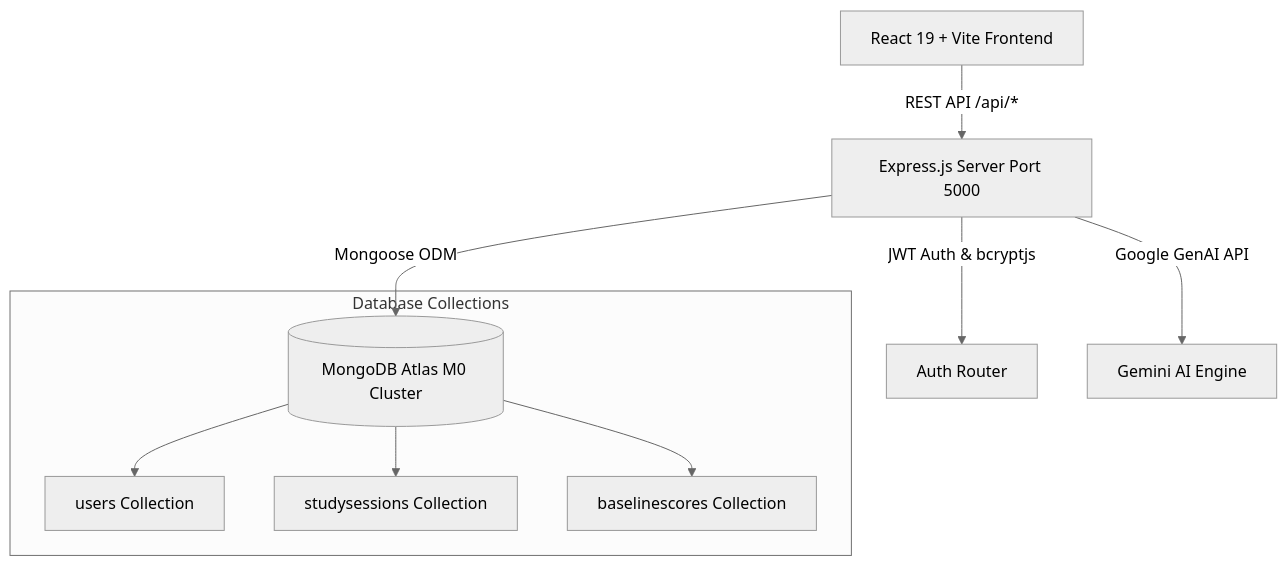
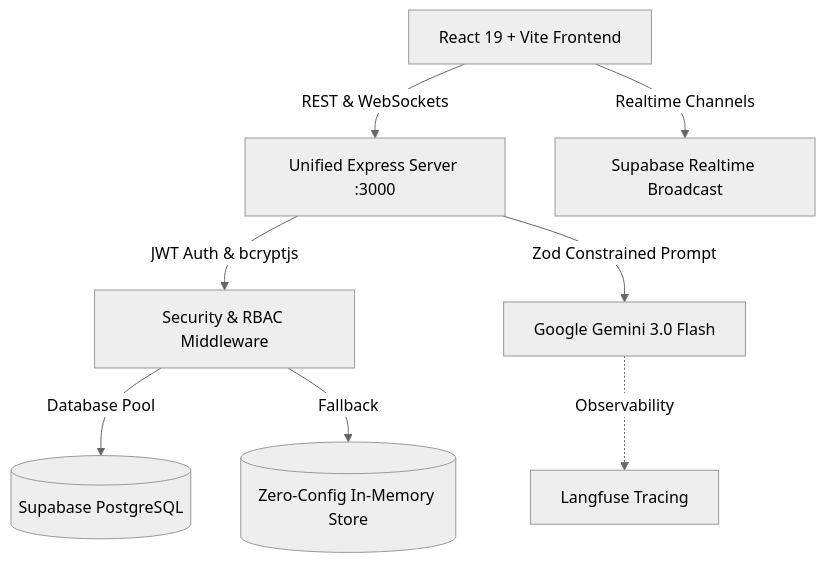
One commit to Kart-1307/CogniLearn changed the diagram in README.md. Above: the diagram before and after it, drawn with Mermaid (neutral theme). The commit also changed other lines of this file and 12 other files, not shown here.

Commit message:
feat: add user management routes, frontend components, and API service integration

````diff
--- a/README.md
+++ b/README.md
@@ -49,13 +60,10 @@
 ```mermaid
 graph TD
-    UserClient[React 19 + Vite Frontend] -->|REST API /api/*| ExpressServer[Express.js Server Port 5000]
-    ExpressServer -->|JWT Auth & bcryptjs| AuthRoutes[Auth Router]
-    ExpressServer -->|Mongoose ODM| MongoDB[(MongoDB Atlas M0 Cluster)]
-    ExpressServer -->|Google GenAI API| Gemini[Gemini AI Engine]
-
-    subgraph Database Collections
-        MongoDB --> UsersCol[users Collection]
-        MongoDB --> SessionsCol[studysessions Collection]
-        MongoDB --> BaselineCol[baselinescores Collection]
-    end
+    UserClient[React 19 + Vite Frontend] -->|REST & WebSockets| UnifiedServer[Unified Express Server :3000]
+    UnifiedServer -->|JWT Auth & bcryptjs| AuthLayer[Security & RBAC Middleware]
+    AuthLayer -->|Database Pool| SupabaseDB[(Supabase PostgreSQL)]
+    AuthLayer -->|Fallback| MemoryStore[(Zero-Config In-Memory Store)]
+    UserClient -->|Realtime Channels| SupabaseRealtime[Supabase Realtime Broadcast]
+    UnifiedServer -->|Zod Constrained Prompt| GeminiAI[Google Gemini 3.0 Flash]
+    GeminiAI -.->|Observability| Langfuse[Langfuse Tracing]
 ```
````
